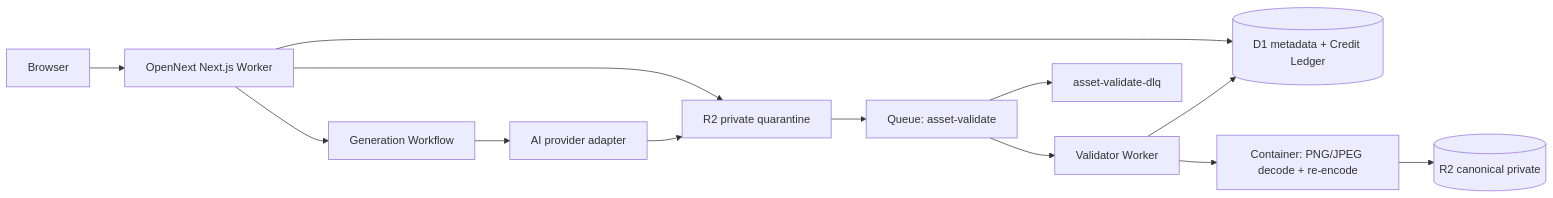
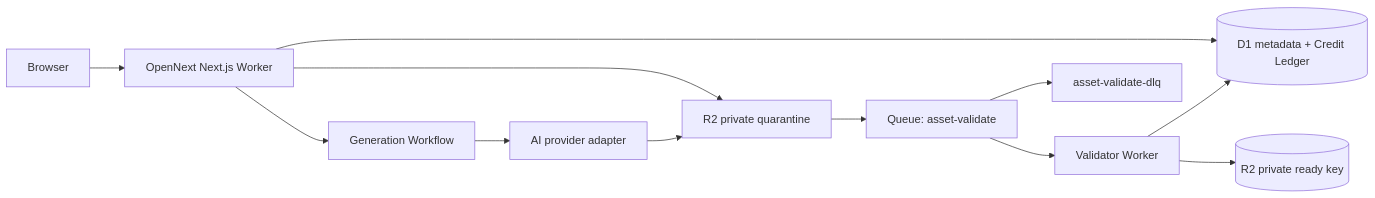
One commit to monet88/homedesign changed the diagram in research/deploy-runtime-topology.md. Above: the diagram before and after it, drawn with Mermaid. The commit also changed other lines of this file and 5 other files, not shown here.

````diff
--- a/research/deploy-runtime-topology.md
+++ b/research/deploy-runtime-topology.md
@@ -13,15 +13,14 @@
 ```mermaid
 flowchart LR
   B[Browser] --> W[OpenNext Next.js Worker]
   W --> D[(D1 metadata + Credit Ledger)]
   W --> RQ[R2 private quarantine]
   RQ --> Q[Queue: asset-validate]
   Q --> V[Validator Worker]
-  V --> C[Container: PNG/JPEG decode + re-encode]
-  C --> R[(R2 canonical private)]
+  V --> R[(R2 private ready key)]
   V --> D
   W --> WF[Generation Workflow]
   WF --> A[AI provider adapter]
   A --> RQ
   Q --> DLQ[asset-validate-dlq]
 ```
````
